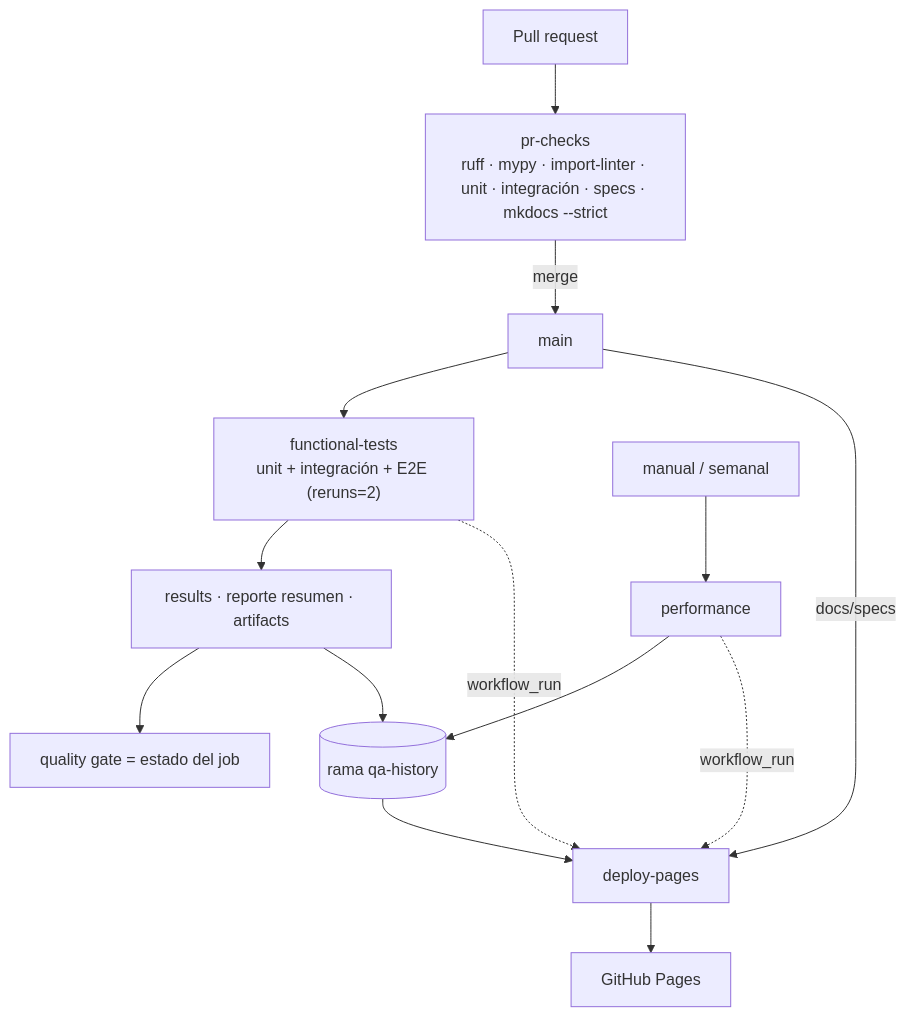
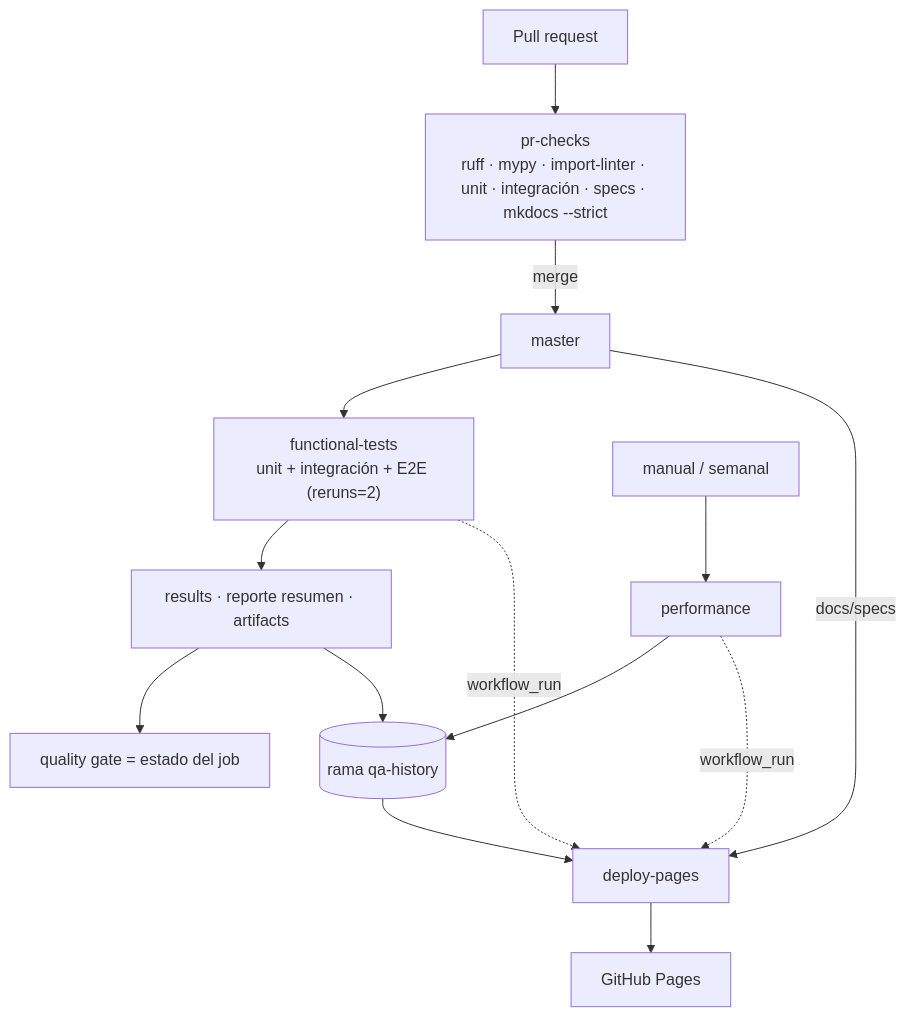
Before and after one commit to yoelalmiron1997/farmatodo-qa-test-engineering: the fourth of 5 diagrams in docs/architecture/index.md, drawn with Mermaid. The commit also changed other lines of this file and 10 other files, not shown here.

````diff
--- a/docs/architecture/index.md
+++ b/docs/architecture/index.md
@@ -93,14 +93,14 @@
 ```mermaid
 flowchart TB
   PR["Pull request"] --> A["pr-checks<br/>ruff · mypy · import-linter · unit · integración · specs · mkdocs --strict"]
-  A -->|merge| M["main"]
+  A -->|merge| M["master"]
   M --> B["functional-tests<br/>unit + integración + E2E (reruns=2)"]
   B --> B1["results · reporte resumen · artifacts"]
   B1 --> B2["quality gate = estado del job"]
   B1 --> H[("rama qa-history")]
   S["manual / semanal"] --> C["performance"] --> H
   B -. workflow_run .-> D["deploy-pages"]
   C -. workflow_run .-> D
   M -->|docs/specs| D
   H --> D --> GP["GitHub Pages"]
 ```
````
